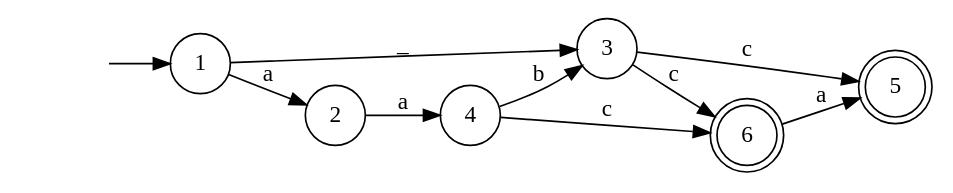
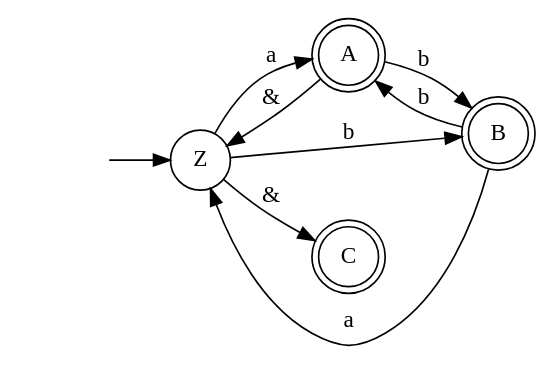
One commit to JackyThePro/ALE changed the diagram in ALE2/ALE2/bin/Debug/GenerateAutomata.dot. Above: the diagram before and after it, drawn with Graphviz. The commit also changed 8 other files, not shown here.

```diff
--- a/ALE2/ALE2/bin/Debug/GenerateAutomata.dot
+++ b/ALE2/ALE2/bin/Debug/GenerateAutomata.dot
@@ -1,20 +1,17 @@
 digraph myAutomaton {
   rankdir=LR;
 "" [shape=none]
-"1" [shape=circle]
-"2" [shape=circle]
-"3" [shape=circle]
-"4" [shape=circle]
-"5" [shape=doublecircle]
-"6" [shape=doublecircle]
+"Z" [shape=circle]
+"A" [shape=doublecircle]
+"B" [shape=doublecircle]
+"C" [shape=doublecircle]
 
-"" -> "1"
-"1" -> "2"[label="a"]
-"1" -> "3"[label="_"]
-"2" -> "4"[label="a"]
-"3" -> "5"[label="c"]
-"3" -> "6"[label="c"]
-"4" -> "6"[label="c"]
-"4" -> "3"[label="b"]
-"6" -> "5"[label="a"]
+"" -> "Z"
+"Z" -> "A"[label="a"]
+"Z" -> "C"[label="&"]
+"Z" -> "B"[label="b"]
+"A" -> "Z"[label="&"]
+"A" -> "B"[label="b"]
+"B" -> "A"[label="b"]
+"B" -> "Z"[label="a"]
 }
```
